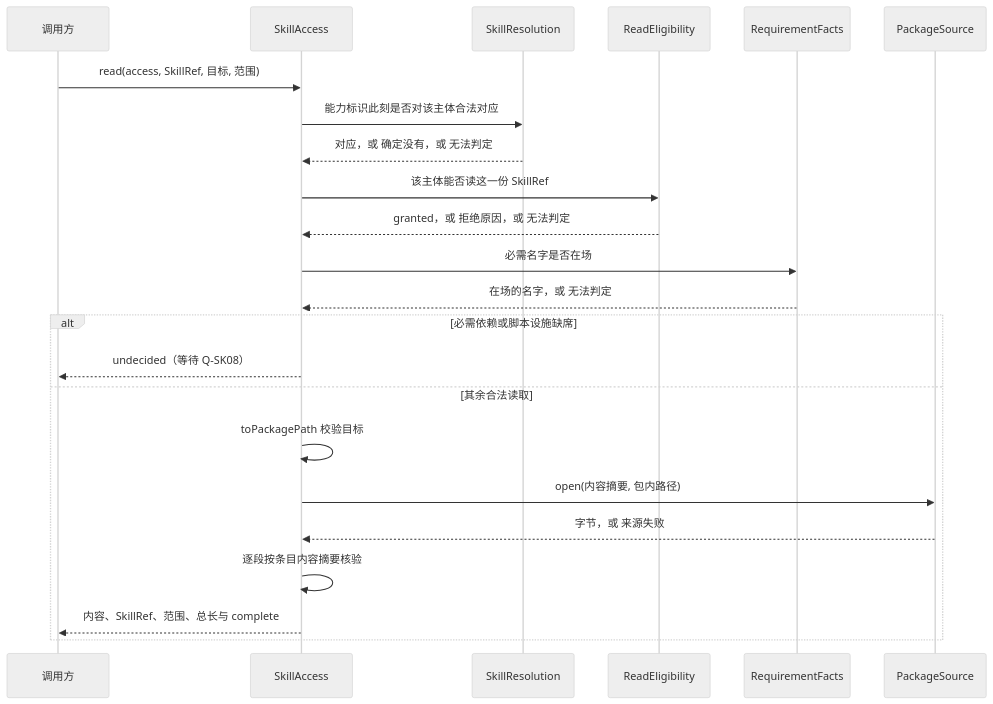
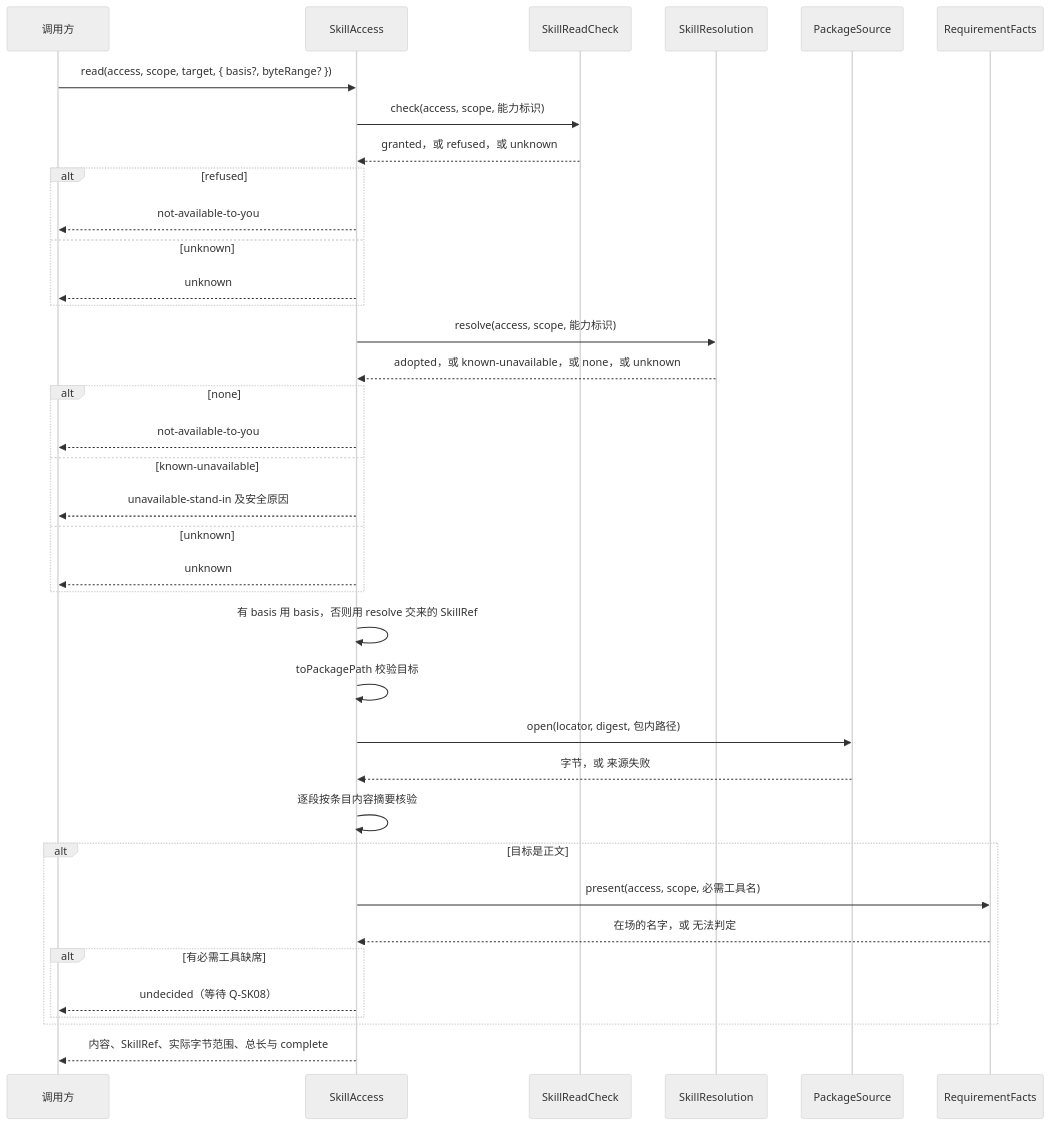
Before and after one commit to nemori-ai/omne-harness-lite: the diagram in packages/skills/docs/key-flows.md, drawn with Mermaid (neutral theme). The commit also changed other lines of this file and 6 other files, not shown here.

````diff
--- a/packages/skills/docs/key-flows.md
+++ b/packages/skills/docs/key-flows.md
@@ -19,25 +19,39 @@
 ```mermaid
 sequenceDiagram
   participant C as 调用方
   participant A as SkillAccess
+  participant E as SkillReadCheck
   participant V as SkillResolution
-  participant E as ReadEligibility
+  participant S as PackageSource
   participant F as RequirementFacts
-  participant S as PackageSource
-  C->>A: read(access, SkillRef, 目标, 范围)
-  A->>V: 能力标识此刻是否对该主体合法对应
-  V-->>A: 对应，或 确定没有，或 无法判定
-  A->>E: 该主体能否读这一份 SkillRef
-  E-->>A: granted，或 拒绝原因，或 无法判定
-  A->>F: 必需名字是否在场
-  F-->>A: 在场的名字，或 无法判定
-  alt 必需依赖或脚本设施缺席
-    A-->>C: undecided（等待 Q-SK08）
-  else 其余合法读取
-    A->>A: toPackagePath 校验目标
-    A->>S: open(内容摘要, 包内路径)
-    S-->>A: 字节，或 来源失败
-    A->>A: 逐段按条目内容摘要核验
-    A-->>C: 内容、SkillRef、范围、总长与 complete
+  C->>A: read(access, scope, target, { basis?, byteRange? })
+  A->>E: check(access, scope, 能力标识)
+  E-->>A: granted，或 refused，或 unknown
+  alt refused
+    A-->>C: not-available-to-you
+  else unknown
+    A-->>C: unknown
   end
+  A->>V: resolve(access, scope, 能力标识)
+  V-->>A: adopted，或 known-unavailable，或 none，或 unknown
+  alt none
+    A-->>C: not-available-to-you
+  else known-unavailable
+    A-->>C: unavailable-stand-in 及安全原因
+  else unknown
+    A-->>C: unknown
+  end
+  A->>A: 有 basis 用 basis，否则用 resolve 交来的 SkillRef
+  A->>A: toPackagePath 校验目标
+  A->>S: open(locator, digest, 包内路径)
+  S-->>A: 字节，或 来源失败
+  A->>A: 逐段按条目内容摘要核验
+  alt 目标是正文
+    A->>F: present(access, scope, 必需工具名)
+    F-->>A: 在场的名字，或 无法判定
+    alt 有必需工具缺席
+      A-->>C: undecided（等待 Q-SK08）
+    end
+  end
+  A-->>C: 内容、SkillRef、实际字节范围、总长与 complete
 ```
````
